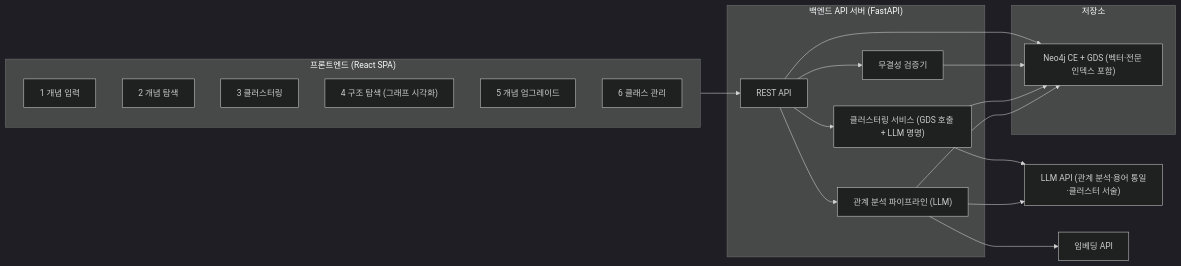
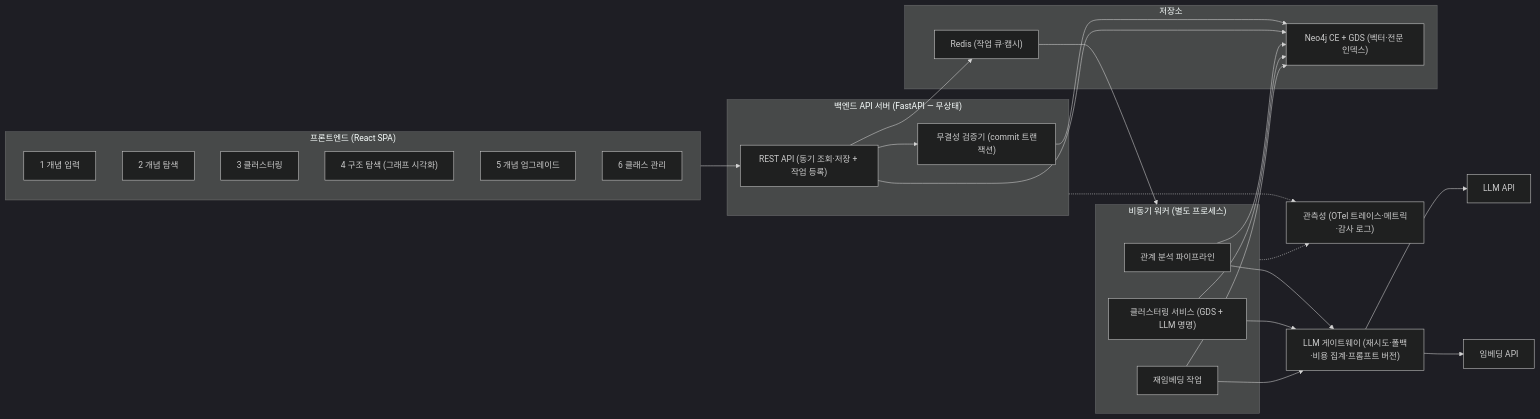
Before and after one commit to Gyu100-Kim/hermes-agent-gyu100: the first of 3 diagrams in dict/concept-vault/DESIGN.md, drawn with Mermaid (dark theme). The commit also changed other lines of this file, not shown here.

Commit message:
docs: 시스템 아키텍처 고도화 — API/워커 분리, LLM 게이트웨이, Job 모델, 관측성·운영 설계 추가

````diff
--- a/dict/concept-vault/DESIGN.md
+++ b/dict/concept-vault/DESIGN.md
@@ -233,34 +233,45 @@
 ```mermaid
 graph LR
     subgraph frontend["프론트엔드 (React SPA)"]
         f1["1 개념 입력"]
         f2["2 개념 탐색"]
         f3["3 클러스터링"]
         f4["4 구조 탐색 (그래프 시각화)"]
         f5["5 개념 업그레이드"]
         f6["6 클래스 관리"]
     end
-    subgraph backend["백엔드 API 서버 (FastAPI)"]
-        api["REST API"]
-        pipeline["관계 분석 파이프라인 (LLM)"]
-        cluster["클러스터링 서비스 (GDS 호출 + LLM 명명)"]
-        validator["무결성 검증기"]
+    subgraph backend["백엔드 API 서버 (FastAPI — 무상태)"]
+        api["REST API (동기 조회·저장 + 작업 등록)"]
+        validator["무결성 검증기 (commit 트랜잭션)"]
+    end
+    subgraph workers["비동기 워커 (별도 프로세스)"]
+        pipeline["관계 분석 파이프라인"]
+        cluster["클러스터링 서비스 (GDS + LLM 명명)"]
+        reembed["재임베딩 작업"]
     end
     subgraph store["저장소"]
-        neo4j["Neo4j CE + GDS (벡터·전문 인덱스 포함)"]
+        neo4j["Neo4j CE + GDS (벡터·전문 인덱스)"]
+        redis["Redis (작업 큐·캠시)"]
     end
-    llm["LLM API (관계 분석·용어 통일·클러스터 서술)"]
+    gateway["LLM 게이트웨이 (재시도·폴백·비용 집계·프롬프트 버전)"]
+    llm["LLM API"]
     emb["임베딩 API"]
+    otel["관측성 (OTel 트레이스·메트릭·감사 로그)"]
 
     frontend --> api
-    api --> pipeline
-    api --> cluster
+    api --> redis
+    redis --> workers
     api --> validator
-    pipeline --> llm
-    pipeline --> emb
+    validator --> neo4j
+    api --> neo4j
+    pipeline --> gateway
+    cluster --> gateway
+    reembed --> gateway
+    gateway --> llm
+    gateway --> emb
     pipeline --> neo4j
     cluster --> neo4j
-    cluster --> llm
-    validator --> neo4j
-    api --> neo4j
+    reembed --> neo4j
+    backend -.-> otel
+    workers -.-> otel
 ```
````
